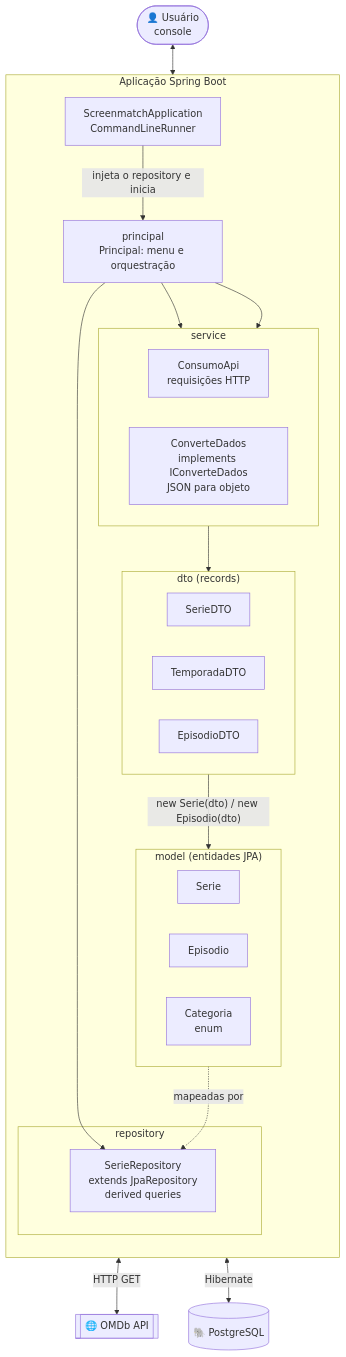
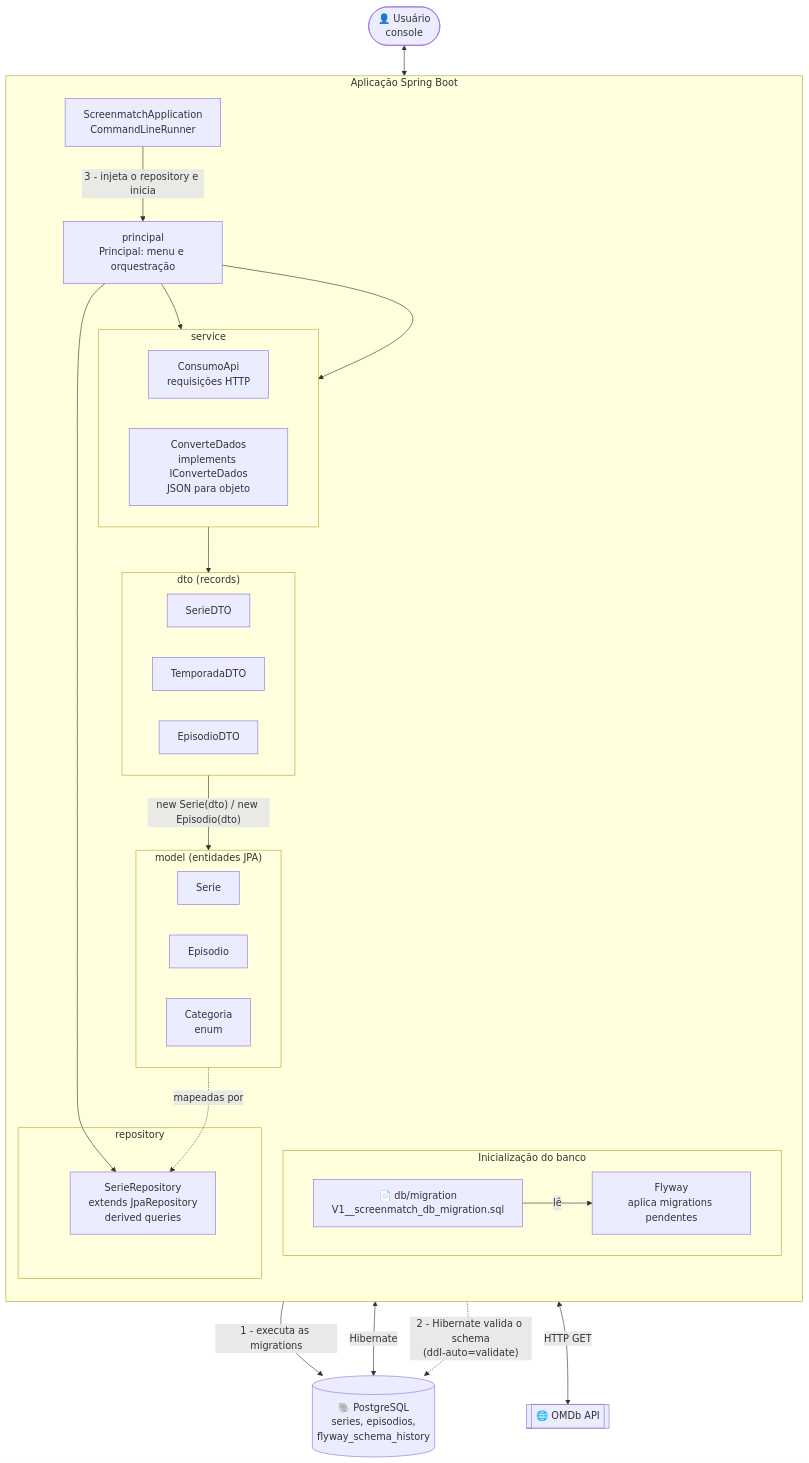
The first of 7 diagrams in README.md (IgorPedrol/Screenmatch), drawn with Mermaid before and after one commit. The commit also changed other lines of this file, not shown here.

````diff
--- a/README.md
+++ b/README.md
@@ -91,48 +91,59 @@
 ```mermaid
 flowchart TB
     U(["👤 Usuário<br/>console"])
 
     subgraph APP["Aplicação Spring Boot"]
         direction TB
+
+        subgraph INIT["Inicialização do banco"]
+            direction LR
+            MIG["📄 db/migration<br/>V1__screenmatch_db_migration.sql"]
+            FW["Flyway<br/>aplica migrations pendentes"]
+        end
+
         MAIN["ScreenmatchApplication<br/>CommandLineRunner"]
         P["principal<br/>Principal: menu e orquestração"]
 
         subgraph SVC["service"]
             direction LR
             CA["ConsumoApi<br/>requisições HTTP"]
             CD["ConverteDados<br/>implements IConverteDados<br/>JSON para objeto"]
         end
 
         subgraph DTO["dto (records)"]
             direction LR
             D1["SerieDTO"]
             D2["TemporadaDTO"]
             D3["EpisodioDTO"]
         end
 
         subgraph MDL["model (entidades JPA)"]
             direction LR
             M1["Serie"]
             M2["Episodio"]
             M3["Categoria<br/>enum"]
         end
 
         subgraph REPO["repository"]
             R1["SerieRepository<br/>extends JpaRepository<br/>derived queries"]
         end
     end
 
-    DB[("🐘 PostgreSQL")]
+    DB[("🐘 PostgreSQL<br/>series, episodios,<br/>flyway_schema_history")]
     API[["🌐 OMDb API"]]
 
+    MIG -->|"lê"| FW
+    FW -->|"1 - executa as migrations"| DB
+    MDL -.->|"2 - Hibernate valida o schema<br/>(ddl-auto=validate)"| DB
+    MAIN -->|"3 - injeta o repository e inicia"| P
+
     U <--> P
-    MAIN -->|"injeta o repository e inicia"| P
     P --> CA
     CA <-->|"HTTP GET"| API
     P --> CD
     CD --> DTO
     DTO -->|"new Serie(dto) / new Episodio(dto)"| MDL
     P --> R1
     R1 <-->|"Hibernate"| DB
     MDL -.->|"mapeadas por"| R1
 ```
````
